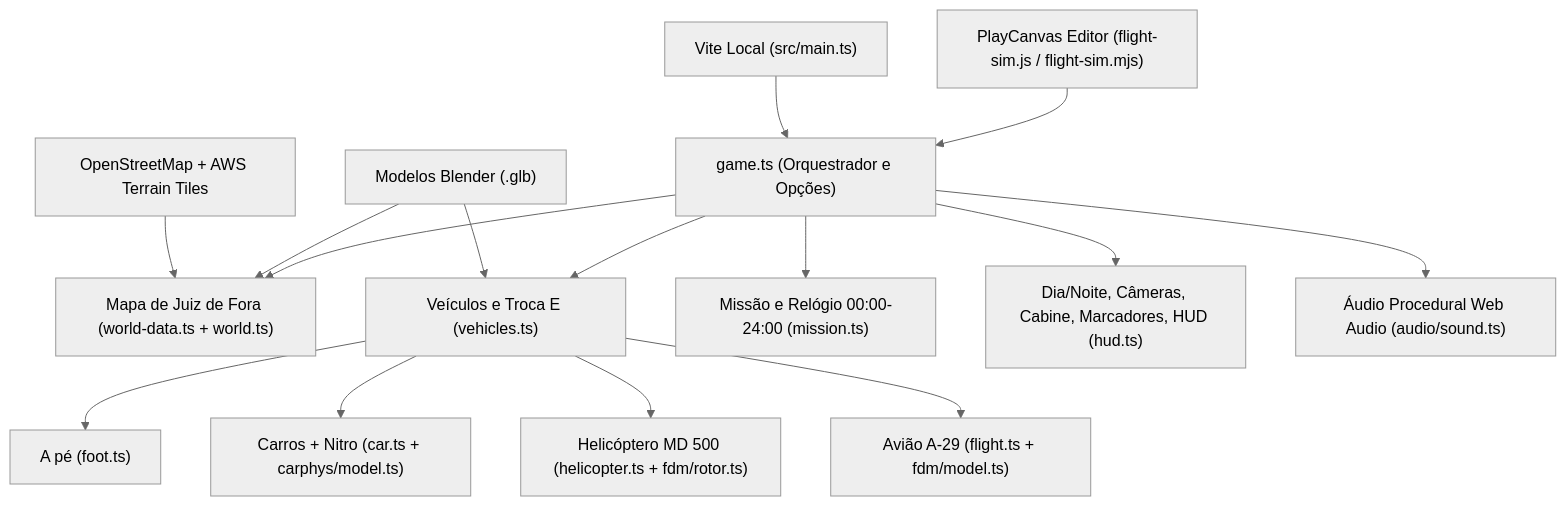
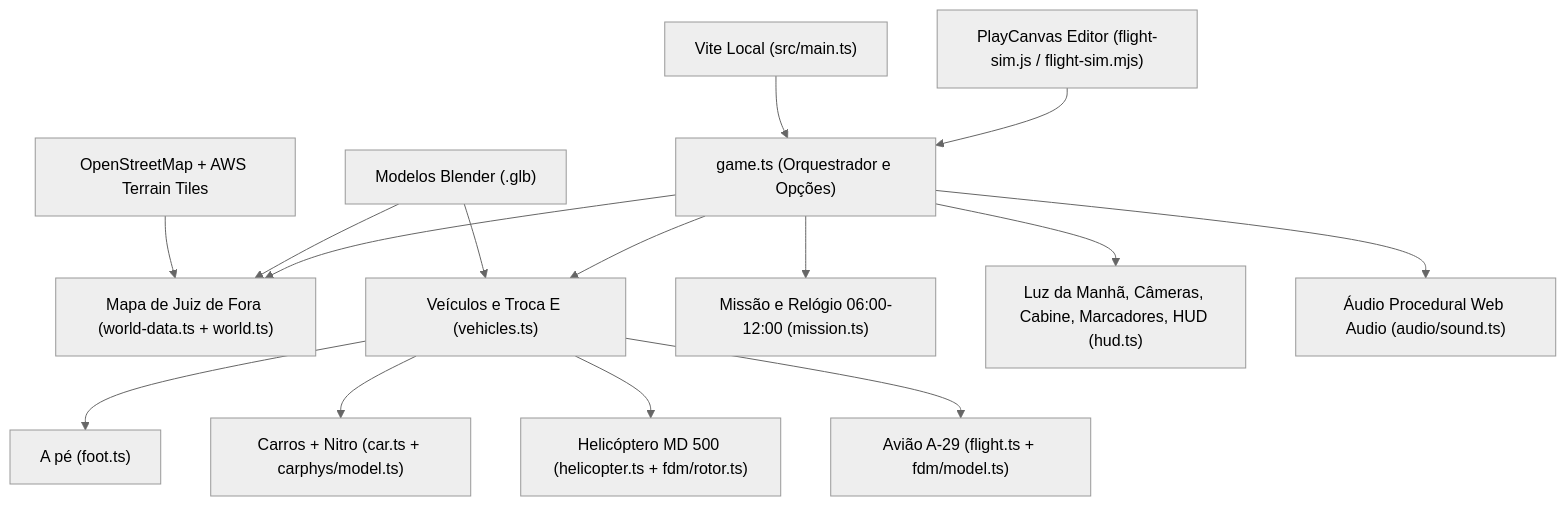
Before and after one commit to Cozta1/delivered-by-noon: the diagram in docs/como-funciona.md, drawn with Mermaid (neutral theme). The commit also changed other lines of this file and 23 other files, not shown here.

````diff
--- a/docs/como-funciona.md
+++ b/docs/como-funciona.md
@@ -11,17 +11,17 @@
 ```mermaid
 flowchart TD
     Editor["PlayCanvas Editor (flight-sim.js / flight-sim.mjs)"] --> Game["game.ts (Orquestrador e Opções)"]
     Local["Vite Local (src/main.ts)"] --> Game
     Game --> World["Mapa de Juiz de Fora (world-data.ts + world.ts)"]
     Game --> Vehicles["Veículos e Troca E (vehicles.ts)"]
     Vehicles --> Foot["A pé (foot.ts)"]
     Vehicles --> Car["Carros + Nitro (car.ts + carphys/model.ts)"]
     Vehicles --> Heli["Helicóptero MD 500 (helicopter.ts + fdm/rotor.ts)"]
     Vehicles --> Plane["Avião A-29 (flight.ts + fdm/model.ts)"]
-    Game --> Mission["Missão e Relógio 00:00-24:00 (mission.ts)"]
-    Game --> Visual["Dia/Noite, Câmeras, Cabine, Marcadores, HUD (hud.ts)"]
+    Game --> Mission["Missão e Relógio 06:00-12:00 (mission.ts)"]
+    Game --> Visual["Luz da Manhã, Câmeras, Cabine, Marcadores, HUD (hud.ts)"]
     Game --> Audio["Áudio Procedural Web Audio (audio/sound.ts)"]
     Blender["Modelos Blender (.glb)"] --> Vehicles
     Blender --> World
     OSM["OpenStreetMap + AWS Terrain Tiles"] --> World
 ```
````
